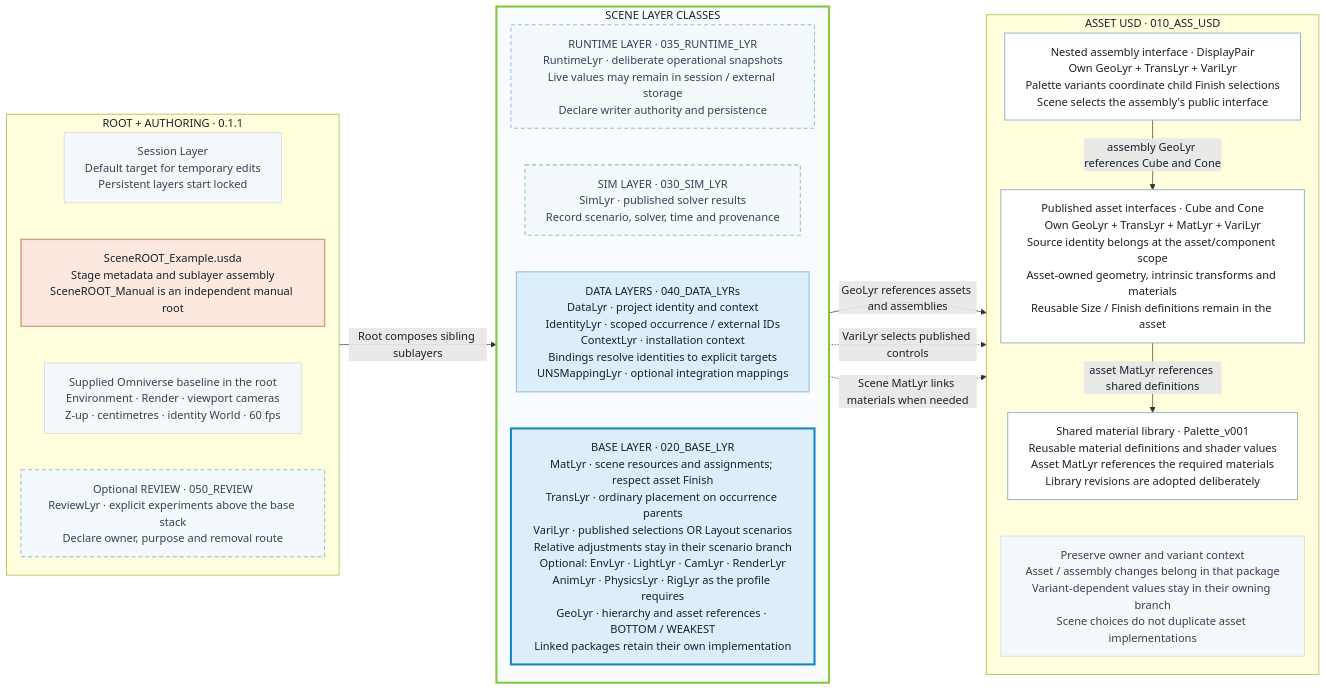
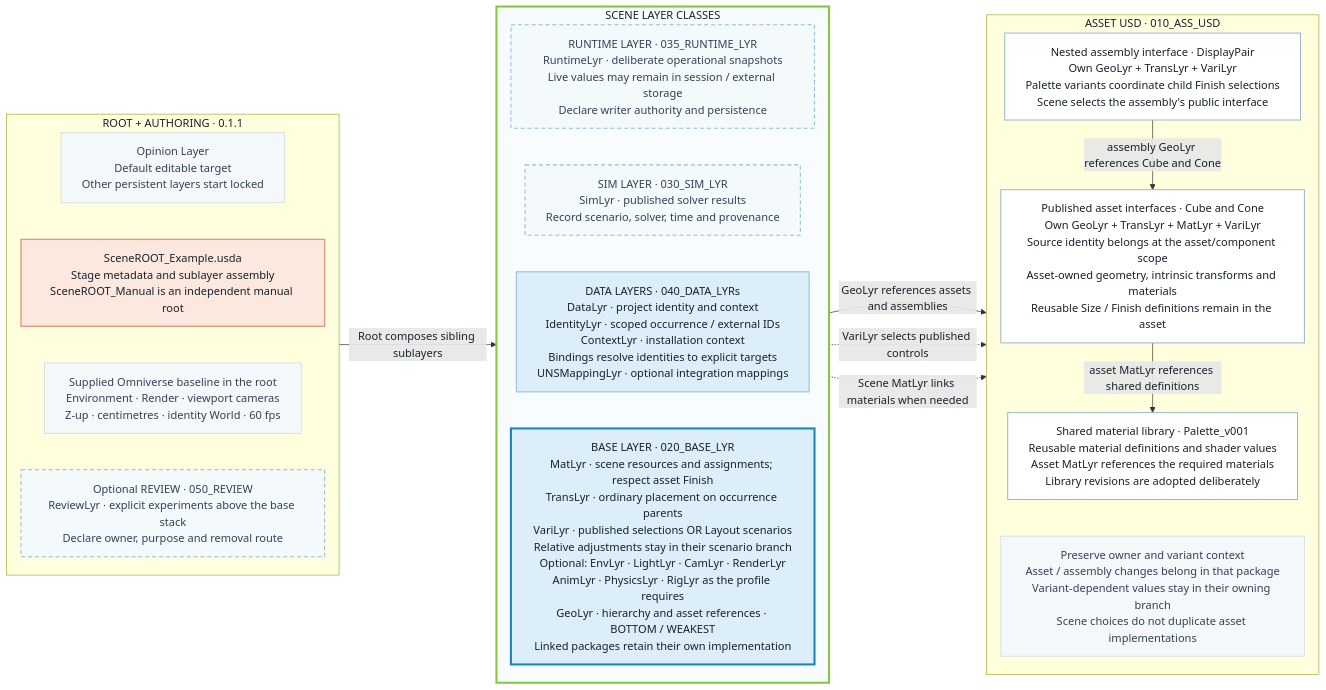
The diagram in CompositionContracts.md (jph2/OpenUSD_GoodStart_CompositionContract), drawn with Mermaid before and after one commit. The commit also changed other lines of this file and 50 other files, not shown here.

````diff
--- a/CompositionContracts.md
+++ b/CompositionContracts.md
@@ -13,58 +13,58 @@
 ```mermaid
 %%{init: {"flowchart": {"wrappingWidth": 380, "nodeSpacing": 22, "rankSpacing": 28}}}%%
 flowchart LR
     accTitle: OpenUSD Composition Contracts 0.1.1 - Root, scene stack and reusable sources
     accDescr: Left to right, the root assembles a vertical scene layer stack with GeoLyr at the bottom. Reusable assets, assemblies and materials retain their own implementation and variant context.
     %% Connect the column subgraphs, keeping their internal TB layout intact.
     subgraph ENTRY["ROOT + AUTHORING · 0.1.1"]
         direction TB
-        Session["Session Layer<br/>Default target for temporary edits<br/>Persistent layers start locked"]
+        Session["Opinion Layer<br/>Default editable target<br/>Other persistent layers start locked"]
         R["SceneROOT_Example.usda<br/>Stage metadata and sublayer assembly<br/>SceneROOT_Manual is an independent manual root"]
         Startup["Supplied Omniverse baseline in the root<br/>Environment · Render · viewport cameras<br/>Z-up · centimetres · identity World · 60 fps"]
         Session ~~~ R
         R ~~~ Startup
         Review["Optional REVIEW · 050_REVIEW<br/>ReviewLyr · explicit experiments above the base stack<br/>Declare owner, purpose and removal route"]
         Startup ~~~ Review
     end
 
     subgraph STACK["SCENE LAYER CLASSES"]
         direction TB
         RT["RUNTIME LAYER · 035_RUNTIME_LYR<br/>RuntimeLyr · deliberate operational snapshots<br/>Live values may remain in session / external storage<br/>Declare writer authority and persistence"]
         S["SIM LAYER · 030_SIM_LYR<br/>SimLyr · published solver results<br/>Record scenario, solver, time and provenance"]
         D["DATA LAYERS · 040_DATA_LYRs<br/>DataLyr · project identity and context<br/>IdentityLyr · scoped occurrence / external IDs<br/>ContextLyr · installation context<br/>Bindings resolve identities to explicit targets<br/>UNSMappingLyr · optional integration mappings"]
         BASE["BASE LAYER · 020_BASE_LYR<br/>MatLyr · scene resources and assignments; respect asset Finish<br/>TransLyr · ordinary placement on occurrence parents<br/>VariLyr · published selections OR Layout scenarios<br/>Relative adjustments stay in their scenario branch<br/>Optional: EnvLyr · LightLyr · CamLyr · RenderLyr<br/>AnimLyr · PhysicsLyr · RigLyr as the profile requires<br/>GeoLyr · hierarchy and asset references · BOTTOM / WEAKEST<br/>Linked packages retain their own implementation"]
         RT ~~~ S
         S ~~~ D
         D ~~~ BASE
     end
 
     subgraph SRC["ASSET USD · 010_ASS_USD"]
         direction TB
         B["Nested assembly interface · DisplayPair<br/>Own GeoLyr + TransLyr + VariLyr<br/>Palette variants coordinate child Finish selections<br/>Scene selects the assembly's public interface"]
         A["Published asset interfaces · Cube and Cone<br/>Own GeoLyr + TransLyr + MatLyr + VariLyr<br/>Source identity belongs at the asset/component scope<br/>Asset-owned geometry, intrinsic transforms and materials<br/>Reusable Size / Finish definitions remain in the asset"]
         Library["Shared material library · Palette_v001<br/>Reusable material definitions and shader values<br/>Asset MatLyr references the required materials<br/>Library revisions are adopted deliberately"]
         Context["Preserve owner and variant context<br/>Asset / assembly changes belong in that package<br/>Variant-dependent values stay in their owning branch<br/>Scene choices do not duplicate asset implementations"]
         B -->|"assembly GeoLyr references Cube and Cone"| A
         A -->|"asset MatLyr references shared definitions"| Library
         Library ~~~ Context
     end
 
     ENTRY -->|"Root composes sibling sublayers"| STACK
     STACK -->|"GeoLyr references assets and assemblies"| SRC
     STACK -.->|"VariLyr selects published controls"| SRC
     STACK -.->|"Scene MatLyr links materials when needed"| SRC
 
     classDef root fill:#fde8df,stroke:#d99b84,color:#17212b,stroke-width:2px
     classDef layer fill:#dceef9,stroke:#91bfd8,color:#17212b,stroke-width:1.5px
     classDef optional fill:#f4f9fc,stroke:#91bfd8,color:#334155,stroke-width:1.5px,stroke-dasharray:6 4
     classDef base fill:#dceef9,stroke:#1685bd,color:#17212b,stroke-width:3px
     classDef asset fill:#ffffff,stroke:#9db9c8,color:#17212b,stroke-width:1.5px
     classDef note fill:#f5f8fa,stroke:#cbd6dc,color:#334155
     class R root
     class D layer
     class RT,S,Review optional
     class BASE base
     class B,A,Library asset
     class Session,Startup,Context note
     style STACK fill:#f8fcff,stroke:#84c83d,stroke-width:3px
 ```
````
